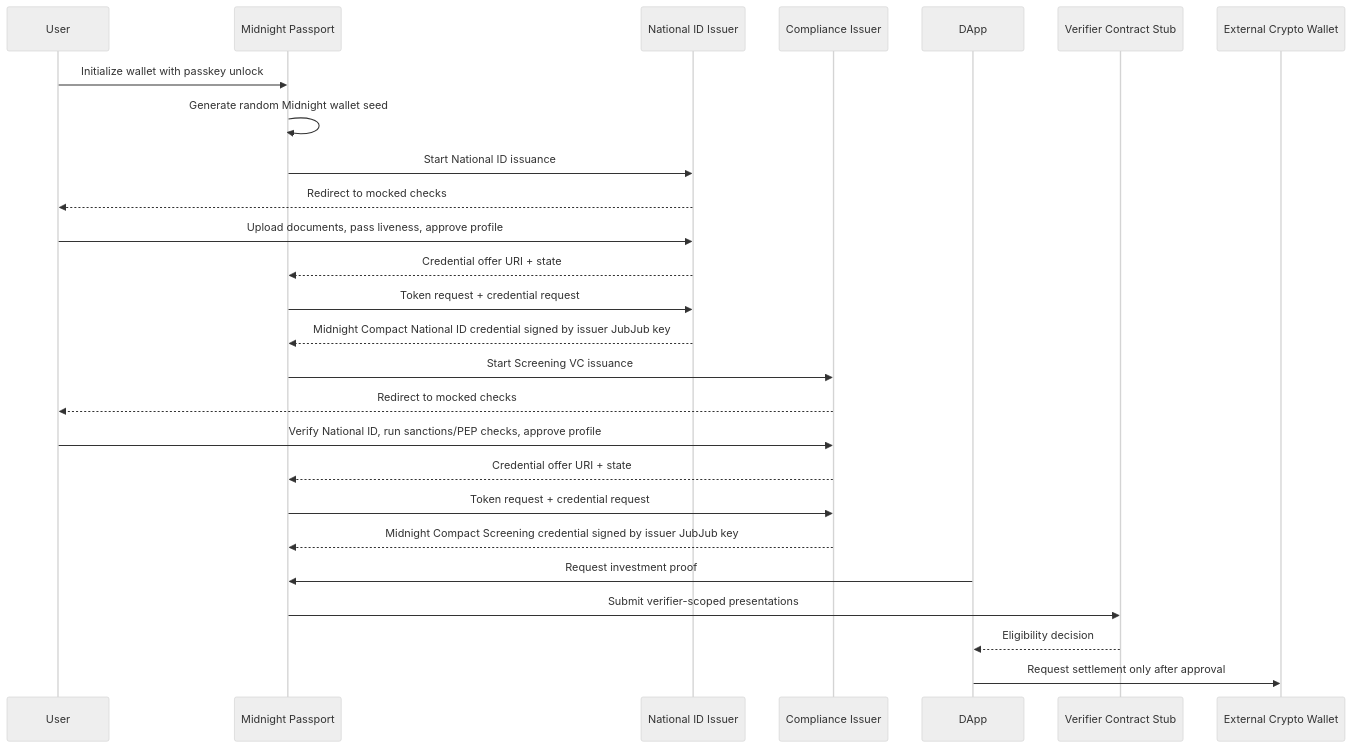
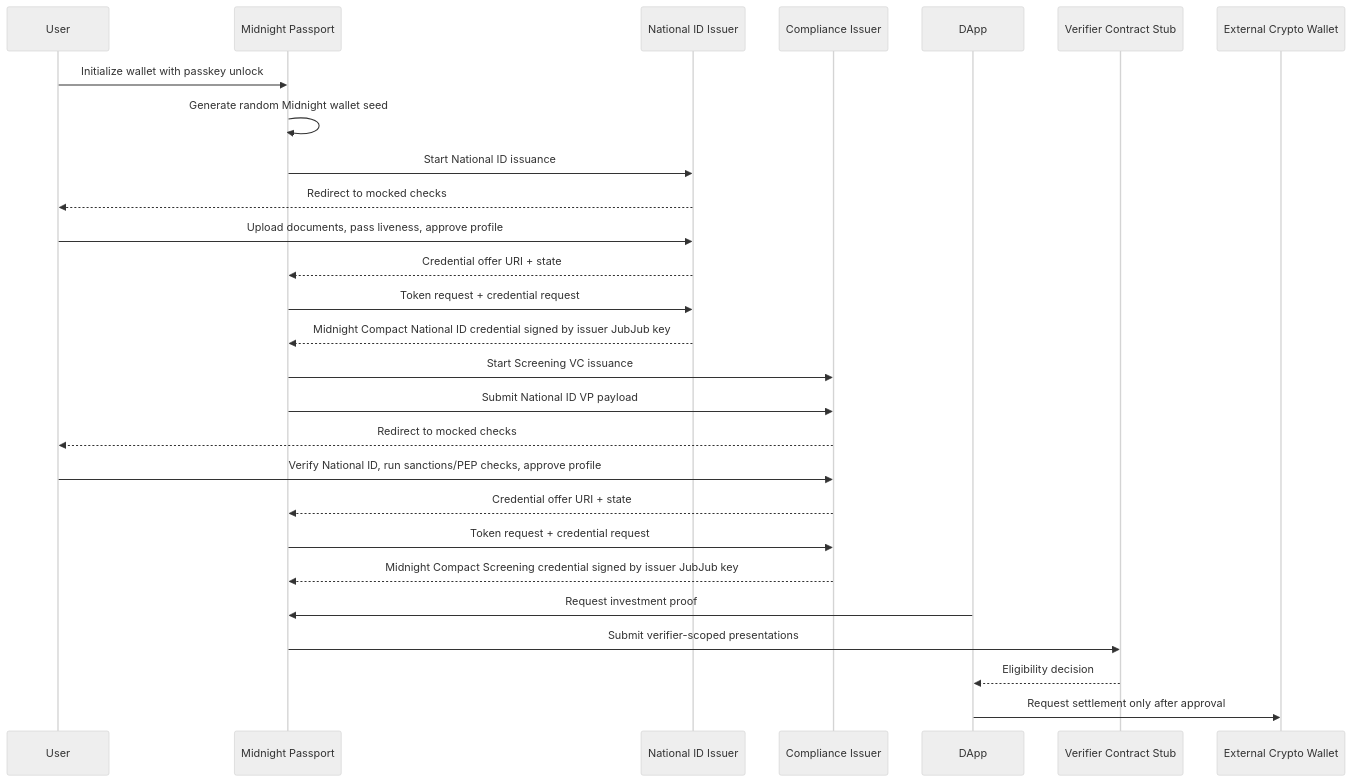
Before and after one commit to midnightntwrk/midnight-did: the diagram in docs-site/use-cases/midnight-passport-prototype.md, drawn with Mermaid (neutral theme). The commit also changed other lines of this file and 11 other files, not shown here.

````diff
--- a/docs-site/use-cases/midnight-passport-prototype.md
+++ b/docs-site/use-cases/midnight-passport-prototype.md
@@ -29,29 +29,30 @@
 ```mermaid
 sequenceDiagram
   participant User
   participant Passport as Midnight Passport
   participant ID as National ID Issuer
   participant Compliance as Compliance Issuer
   participant DApp
   participant Verifier as Verifier Contract Stub
   participant Wallet as External Crypto Wallet
 
   User->>Passport: Initialize wallet with passkey unlock
   Passport->>Passport: Generate random Midnight wallet seed
   Passport->>ID: Start National ID issuance
   ID-->>User: Redirect to mocked checks
   User->>ID: Upload documents, pass liveness, approve profile
   ID-->>Passport: Credential offer URI + state
   Passport->>ID: Token request + credential request
   ID-->>Passport: Midnight Compact National ID credential signed by issuer JubJub key
   Passport->>Compliance: Start Screening VC issuance
+  Passport->>Compliance: Submit National ID VP payload
   Compliance-->>User: Redirect to mocked checks
   User->>Compliance: Verify National ID, run sanctions/PEP checks, approve profile
   Compliance-->>Passport: Credential offer URI + state
   Passport->>Compliance: Token request + credential request
   Compliance-->>Passport: Midnight Compact Screening credential signed by issuer JubJub key
   DApp->>Passport: Request investment proof
   Passport->>Verifier: Submit verifier-scoped presentations
   Verifier-->>DApp: Eligibility decision
   DApp->>Wallet: Request settlement only after approval
 ```
````
